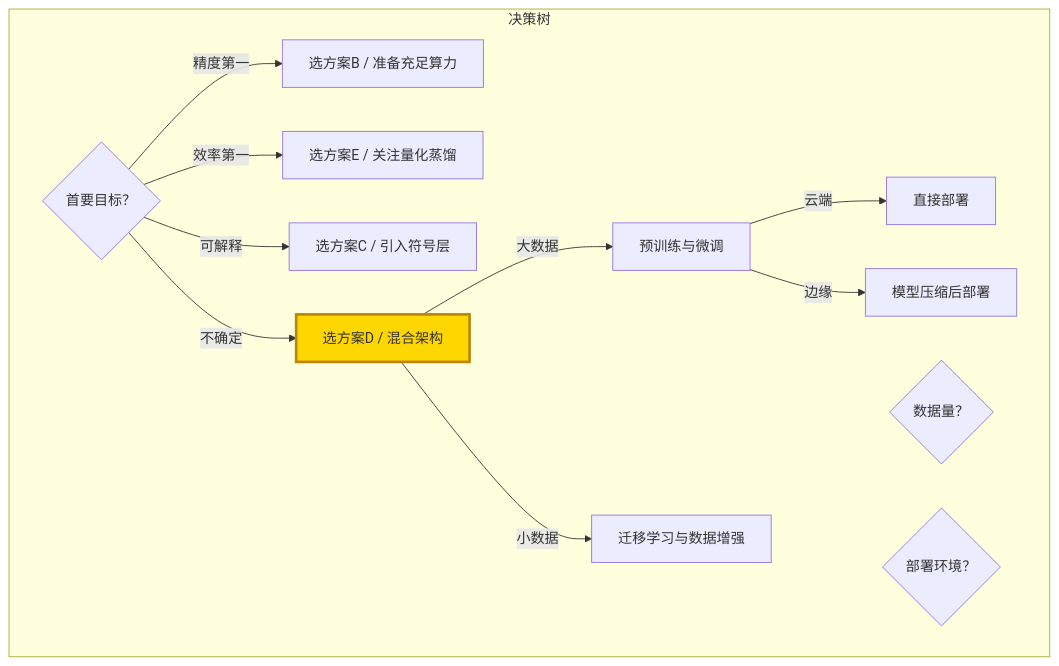
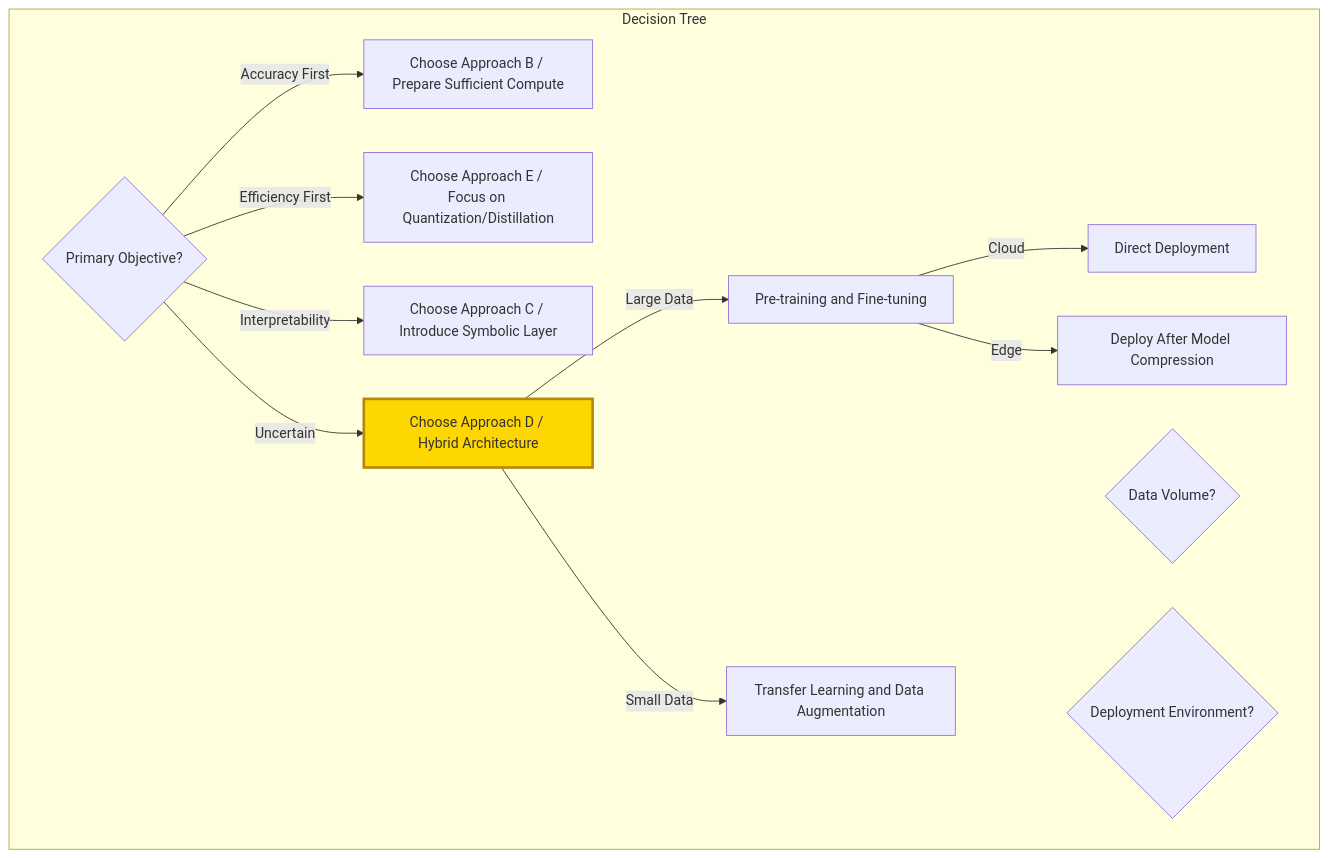
Before and after one commit to Kirky-X/cangjie: diagram 11 of 11 in templates/【模板】论文研究报告.md, drawn with Mermaid. The commit also changed other lines of this file and 12 other files, not shown here.

````diff
--- a/templates/【模板】论文研究报告.md
+++ b/templates/【模板】论文研究报告.md
@@ -590,20 +590,20 @@
 ```mermaid
 graph TB
-    subgraph 决策树
-        Q1{首要目标？}
-        Q1 -->|精度第一| A1[选方案B / 准备充足算力]
-        Q1 -->|效率第一| A2[选方案E / 关注量化蒸馏]
-        Q1 -->|可解释| A3[选方案C / 引入符号层]
-        Q1 -->|不确定| A4[选方案D / 混合架构]
+    subgraph Decision Tree
+        Q1{Primary Objective?}
+        Q1 -->|Accuracy First| A1[Choose Approach B / Prepare Sufficient Compute]
+        Q1 -->|Efficiency First| A2[Choose Approach E / Focus on Quantization/Distillation]
+        Q1 -->|Interpretability| A3[Choose Approach C / Introduce Symbolic Layer]
+        Q1 -->|Uncertain| A4[Choose Approach D / Hybrid Architecture]
 
-        Q2{数据量？}
-        A4 -->|大数据| B1[预训练与微调]
-        A4 -->|小数据| B2[迁移学习与数据增强]
+        Q2{Data Volume?}
+        A4 -->|Large Data| B1[Pre-training and Fine-tuning]
+        A4 -->|Small Data| B2[Transfer Learning and Data Augmentation]
 
-        Q3{部署环境？}
-        B1 -->|云端| C1[直接部署]
-        B1 -->|边缘| C2[模型压缩后部署]
+        Q3{Deployment Environment?}
+        B1 -->|Cloud| C1[Direct Deployment]
+        B1 -->|Edge| C2[Deploy After Model Compression]
     end
 
     style A4 fill:#ffd700,stroke:#b8860b,stroke-width:3px
 ```
````
